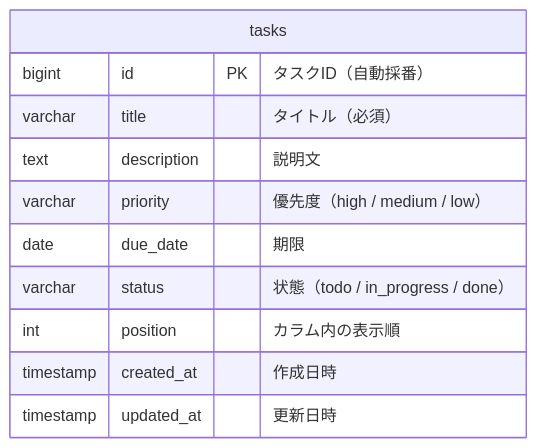
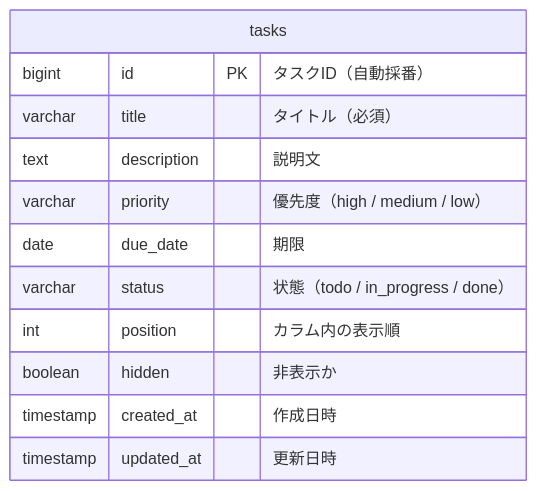
One commit to mako-19960920/TaskManagement changed the diagram in docs/database-design.md. Above: the diagram before and after it, drawn with Mermaid. The commit also changed other lines of this file and 23 other files, not shown here.

````diff
--- a/docs/database-design.md
+++ b/docs/database-design.md
@@ -7,14 +7,15 @@
 ```mermaid
 erDiagram
   tasks {
     bigint id PK "タスクID（自動採番）"
     varchar title "タイトル（必須）"
     text description "説明文"
     varchar priority "優先度（high / medium / low）"
     date due_date "期限"
     varchar status "状態（todo / in_progress / done）"
     int position "カラム内の表示順"
+    boolean hidden "非表示か"
     timestamp created_at "作成日時"
     timestamp updated_at "更新日時"
   }
 ```
````
